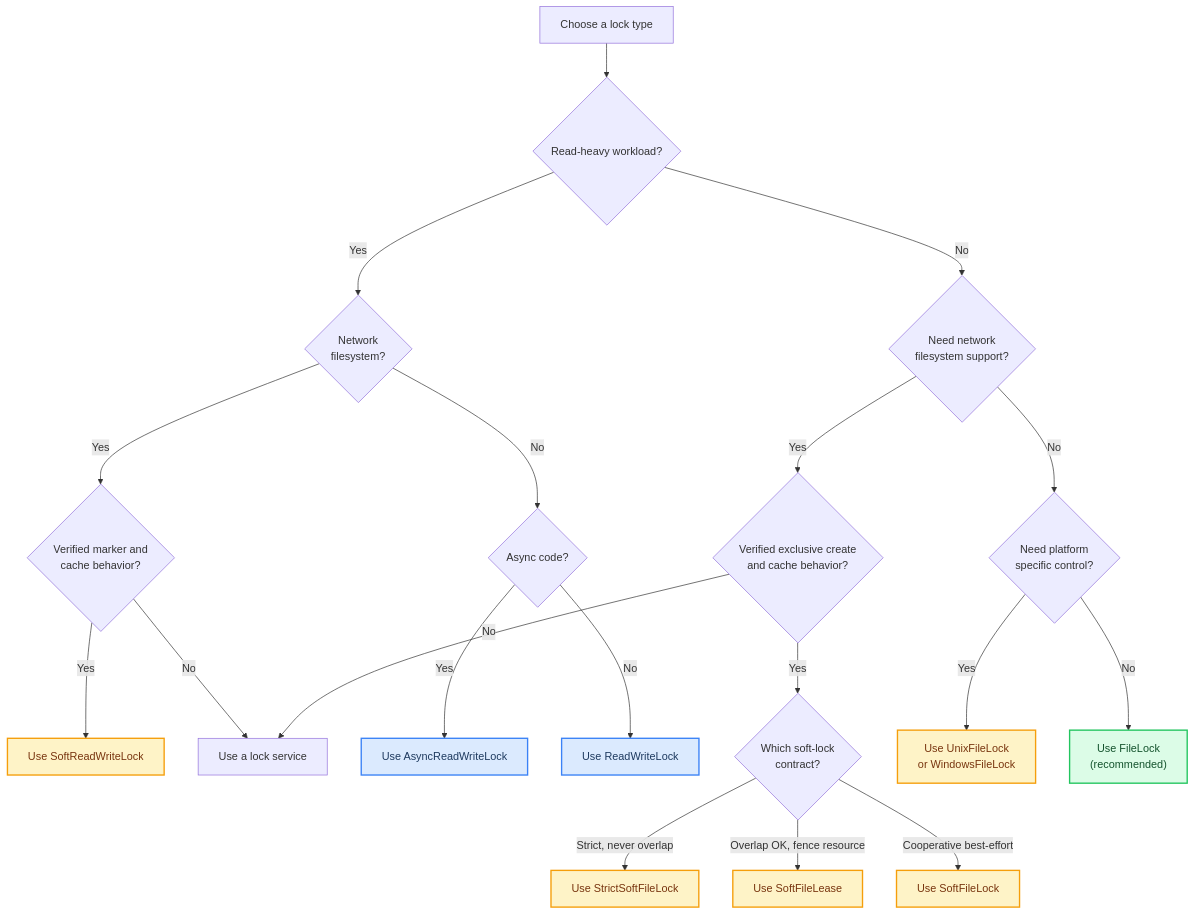
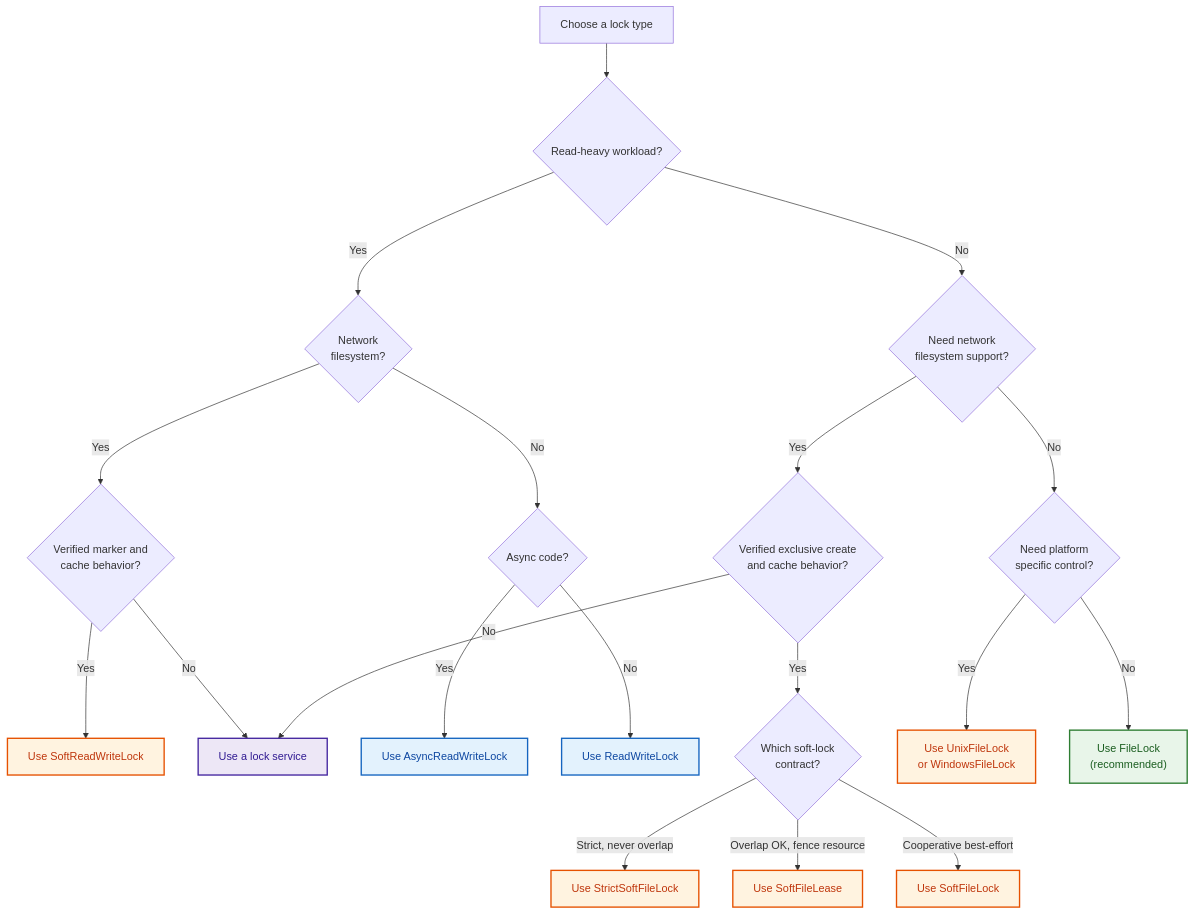
Before and after one commit to tox-dev/filelock: the third of 4 diagrams in docs/concepts.rst, drawn with Mermaid. The commit also changed other lines of this file and 13 other files, not shown here.

```diff
--- a/docs/concepts.rst
+++ b/docs/concepts.rst
@@ -241,28 +267,30 @@
 .. mermaid::
 
     flowchart TD
         start["Choose a lock type"] --> question1{"Read-heavy workload?"}
         question1 -->|Yes| questionRwNet{"Network<br/>filesystem?"}
         questionRwNet -->|Yes| questionRwFs{"Verified marker and<br/>cache behavior?"}
         questionRwFs -->|Yes| srw["Use SoftReadWriteLock"]
         questionRwFs -->|No| service["Use a lock service"]
         questionRwNet -->|No| questionAsync{"Async code?"}
         questionAsync -->|Yes| arw["Use AsyncReadWriteLock"]
         questionAsync -->|No| rw["Use ReadWriteLock"]
         question1 -->|No| question2{"Need network<br/>filesystem support?"}
         question2 -->|Yes| questionSoftFs{"Verified exclusive create<br/>and cache behavior?"}
         questionSoftFs -->|No| service
         questionSoftFs -->|Yes| questionContract{"Which soft-lock<br/>contract?"}
         questionContract -->|"Strict, never overlap"| strict["Use StrictSoftFileLock"]
         questionContract -->|"Overlap OK, fence resource"| lease["Use SoftFileLease"]
         questionContract -->|"Cooperative best-effort"| soft["Use SoftFileLock"]
         question2 -->|No| question3{"Need platform<br/>specific control?"}
         question3 -->|Yes| platform["Use UnixFileLock<br/>or WindowsFileLock"]
         question3 -->|No| default["Use FileLock<br/>(recommended)"]
 
-        classDef recommended fill:#dcfce7,stroke:#22c55e,stroke-width:2px,color:#14532d
-        classDef alternative fill:#fef3c7,stroke:#f59e0b,stroke-width:2px,color:#78350f
-        classDef special fill:#dbeafe,stroke:#3b82f6,stroke-width:2px,color:#1e3a5f
+        classDef recommended fill:#e8f5e9,stroke:#2e7d32,stroke-width:2px,color:#1b5e20
+        classDef alternative fill:#fff3e0,stroke:#e65100,stroke-width:2px,color:#bf360c
+        classDef special fill:#e3f2fd,stroke:#1565c0,stroke-width:2px,color:#0d47a1
+        classDef escape fill:#ede7f6,stroke:#4527a0,stroke-width:2px,color:#311b92
         class default recommended
         class soft,strict,lease,platform,srw alternative
         class rw,arw special
+        class service escape
```
